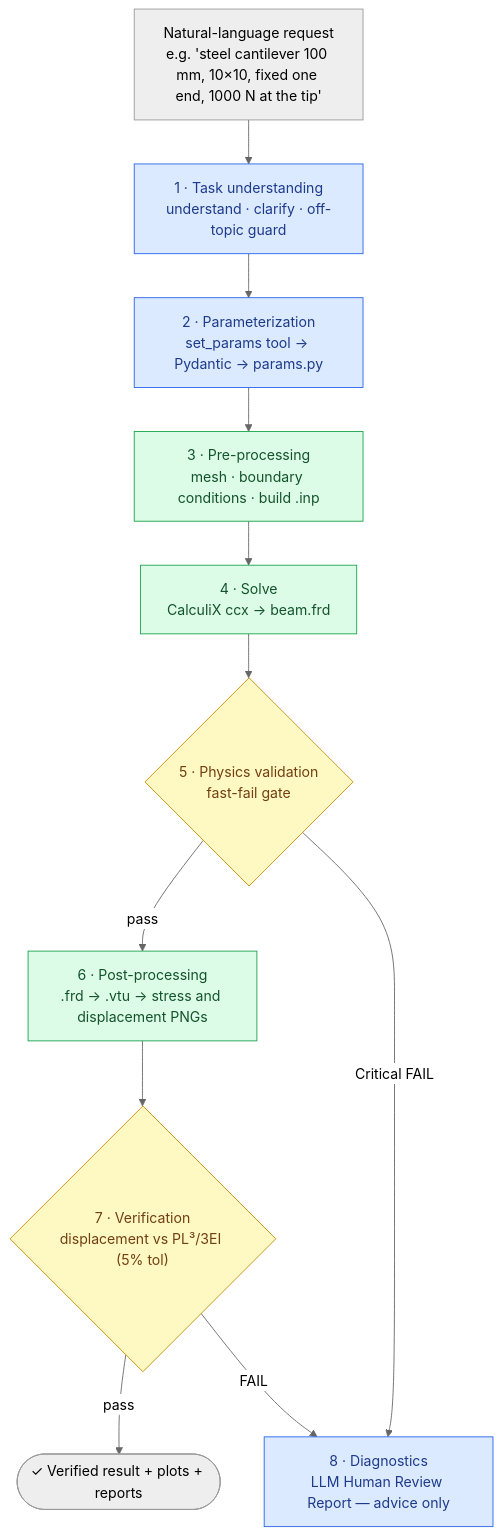
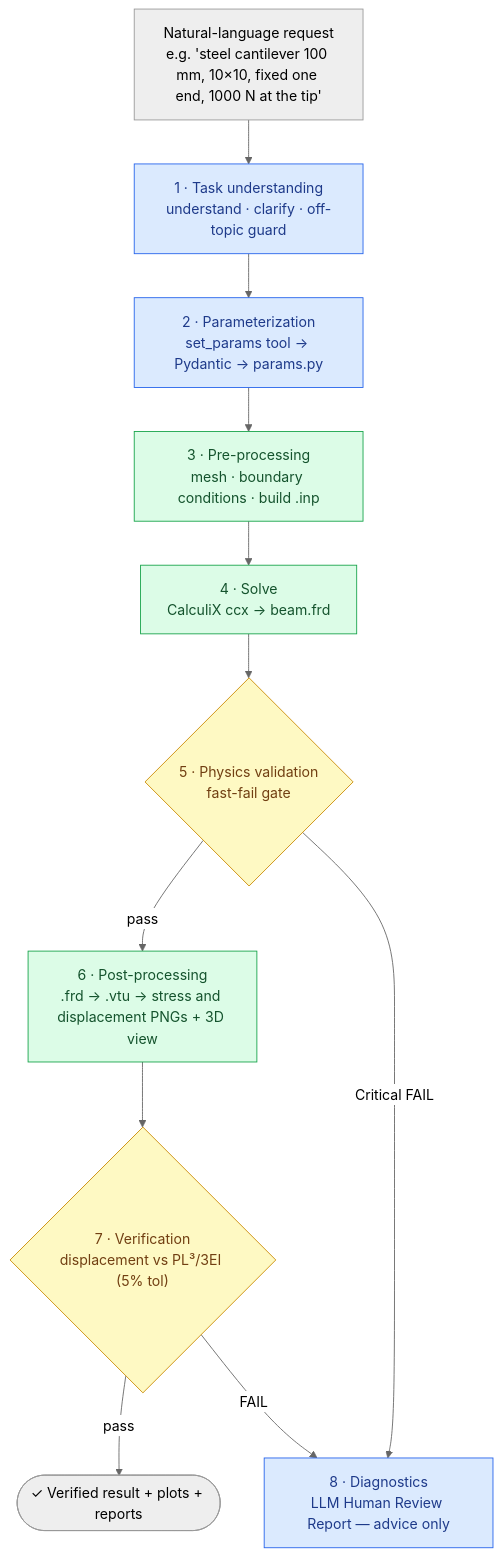
One commit to dontknowhow2namemzself/AgenticFEA changed the diagram in README.md. Above: the diagram before and after it, drawn with Mermaid (neutral theme). The commit also changed other lines of this file and 30 other files, not shown here.

````diff
--- a/README.md
+++ b/README.md
@@ -50,26 +50,26 @@
 ```mermaid
 flowchart TD
     IN["Natural-language request<br/>e.g. 'steel cantilever 100 mm, 10×10, fixed one end, 1000 N at the tip'"]
     L1["1 · Task understanding<br/>understand · clarify · off-topic guard"]
     L2["2 · Parameterization<br/>set_params tool → Pydantic → params.py"]
     L3["3 · Pre-processing<br/>mesh · boundary conditions · build .inp"]
     L4["4 · Solve<br/>CalculiX ccx → beam.frd"]
     L5{"5 · Physics validation<br/>fast-fail gate"}
-    L6["6 · Post-processing<br/>.frd → .vtu → stress and displacement PNGs"]
+    L6["6 · Post-processing<br/>.frd → .vtu → stress and displacement PNGs + 3D view"]
     L7{"7 · Verification<br/>displacement vs PL³/3EI (5% tol)"}
     L8["8 · Diagnostics<br/>LLM Human Review Report — advice only"]
     OUT(["✓ Verified result + plots + reports"])
 
     IN --> L1 --> L2 --> L3 --> L4 --> L5
     L5 -- pass --> L6 --> L7
     L5 -- Critical FAIL --> L8
     L7 -- pass --> OUT
     L7 -- FAIL --> L8
 
     classDef llm fill:#dbeafe,stroke:#2563eb,color:#1e3a8a
     classDef det fill:#dcfce7,stroke:#16a34a,color:#14532d
     classDef gate fill:#fef9c3,stroke:#ca8a04,color:#713f12
     class L1,L2,L8 llm
     class L3,L4,L6 det
     class L5,L7 gate
 ```
````
